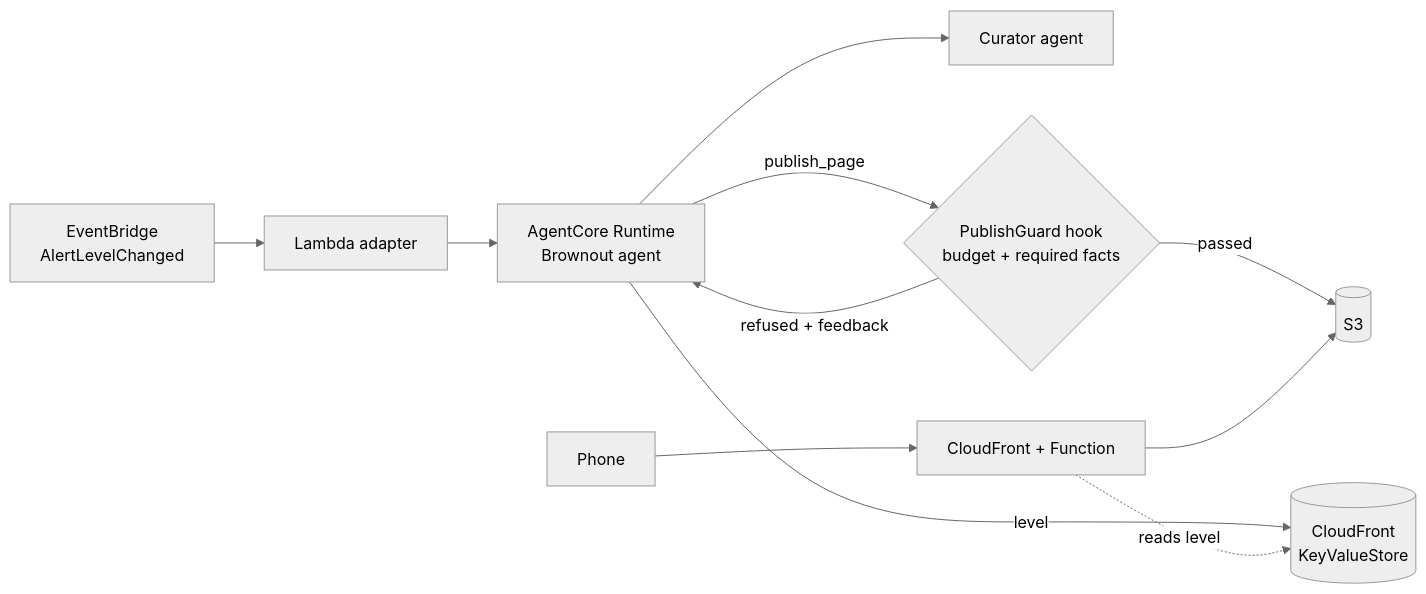
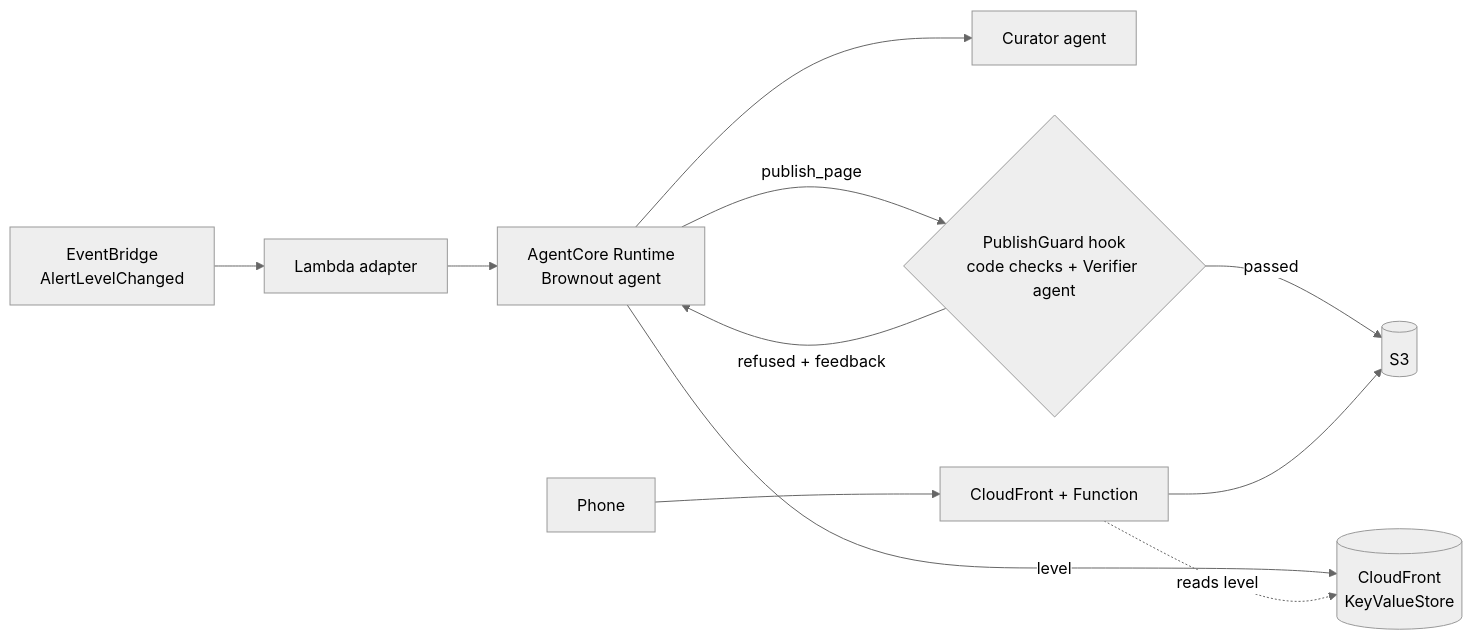
One commit to ikenyal/brownout changed the diagram in README.md. Above: the diagram before and after it, drawn with Mermaid (neutral theme). The commit also changed other lines of this file and 5 other files, not shown here.

Commit message:
Add Verifier agent and invented-fact checks to PublishGuard; re-run evaluation

````diff
--- a/README.md
+++ b/README.md
@@ -46,12 +46,12 @@
 ```mermaid
 flowchart LR
   EB[EventBridge<br/>AlertLevelChanged] --> L[Lambda adapter]
   L --> RT[AgentCore Runtime<br/>Brownout agent]
   RT --> C[Curator agent]
-  RT -->|publish_page| G{PublishGuard hook<br/>budget + required facts}
+  RT -->|publish_page| G{PublishGuard hook<br/>code checks + Verifier agent}
   G -->|refused + feedback| RT
   G -->|passed| S3[(S3)]
   RT -->|level| KVS[(CloudFront<br/>KeyValueStore)]
   U[Phone] --> CF[CloudFront + Function] --> S3
   CF -.reads level.-> KVS
 ```
````
